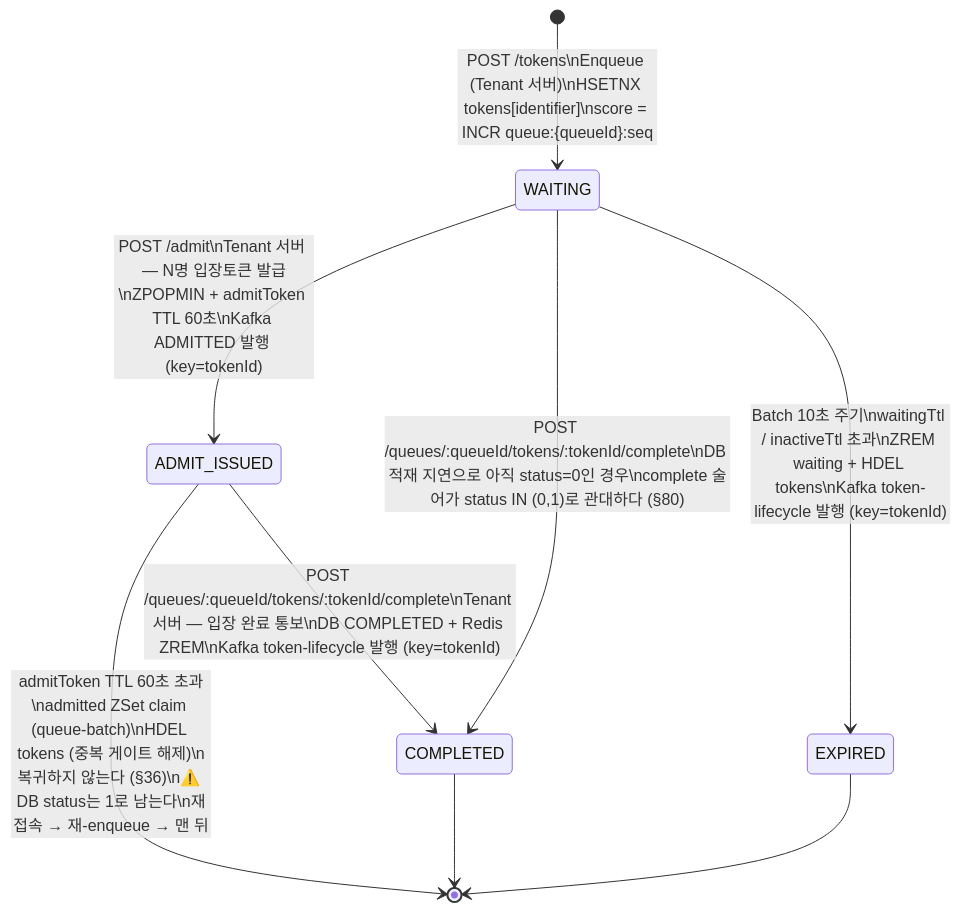
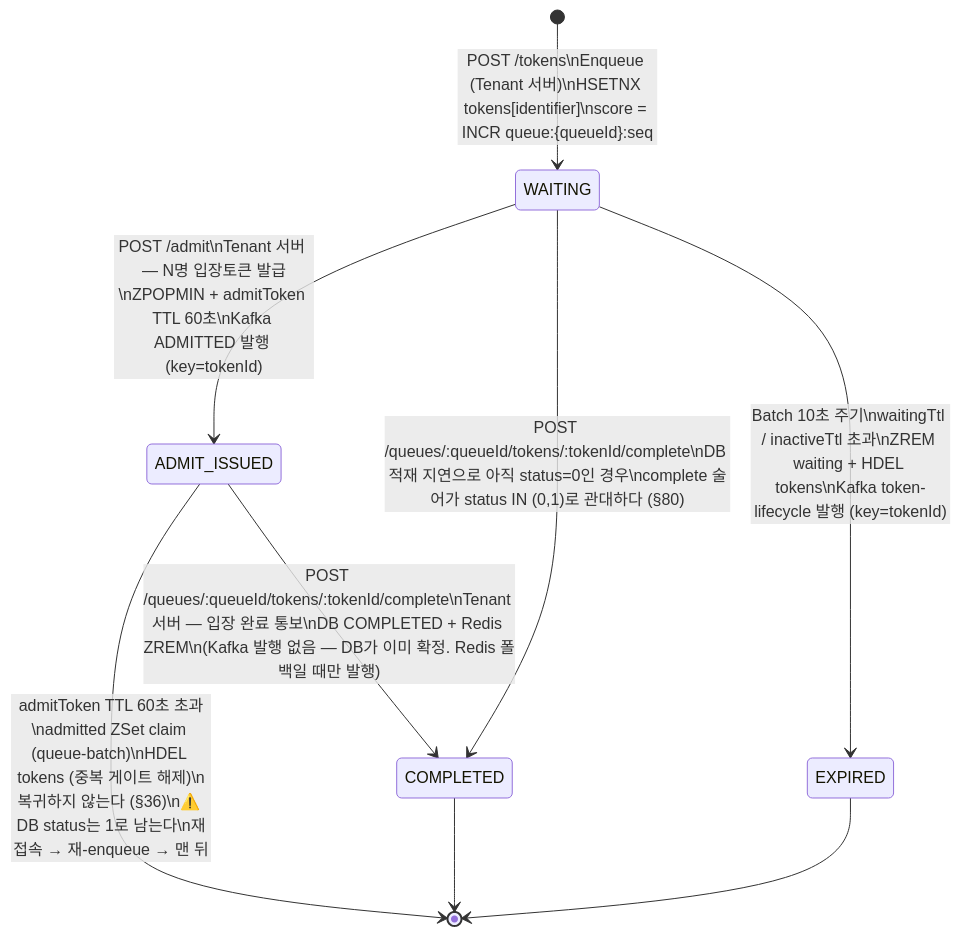
The first of 4 diagrams in doc/STATE.md (S-Onix/queue-platform), drawn with Mermaid before and after one commit. The commit also changed other lines of this file and 4 other files, not shown here.

First line of the commit message:
perf(complete): DB 경로에서 COMPLETED 발행을 뺀다 — 이미 커밋된 status=2 라 컨슈머 적재가 항상 no-op 이다

````diff
--- a/doc/STATE.md
+++ b/doc/STATE.md
@@ -9,17 +9,17 @@
 ```mermaid
 stateDiagram-v2
     [*] --> WAITING : POST /tokens\nEnqueue (Tenant 서버)\nHSETNX tokens[identifier]\nscore = INCR queue:{queueId}:seq
 
     WAITING --> ADMIT_ISSUED : POST /admit\nTenant 서버 — N명 입장토큰 발급\nZPOPMIN + admitToken TTL 60초\nKafka ADMITTED 발행 (key=tokenId)
 
-    ADMIT_ISSUED --> COMPLETED : POST /queues/:queueId/tokens/:tokenId/complete\nTenant 서버 — 입장 완료 통보\nDB COMPLETED + Redis ZREM\nKafka token-lifecycle 발행 (key=tokenId)
+    ADMIT_ISSUED --> COMPLETED : POST /queues/:queueId/tokens/:tokenId/complete\nTenant 서버 — 입장 완료 통보\nDB COMPLETED + Redis ZREM\n(Kafka 발행 없음 — DB가 이미 확정. Redis 폴백일 때만 발행)
 
     WAITING --> COMPLETED : POST /queues/:queueId/tokens/:tokenId/complete\nDB 적재 지연으로 아직 status=0인 경우\ncomplete 술어가 status IN (0,1)로 관대하다 (§80)
 
     ADMIT_ISSUED --> [*] : admitToken TTL 60초 초과\nadmitted ZSet claim (queue-batch)\nHDEL tokens (중복 게이트 해제)\n복귀하지 않는다 (§36)\n⚠️ DB status는 1로 남는다\n재접속 → 재-enqueue → 맨 뒤
 
     WAITING --> EXPIRED : Batch 10초 주기\nwaitingTtl / inactiveTtl 초과\nZREM waiting + HDEL tokens\nKafka token-lifecycle 발행 (key=tokenId)
 
     COMPLETED --> [*]
     EXPIRED --> [*]
 ```
````
